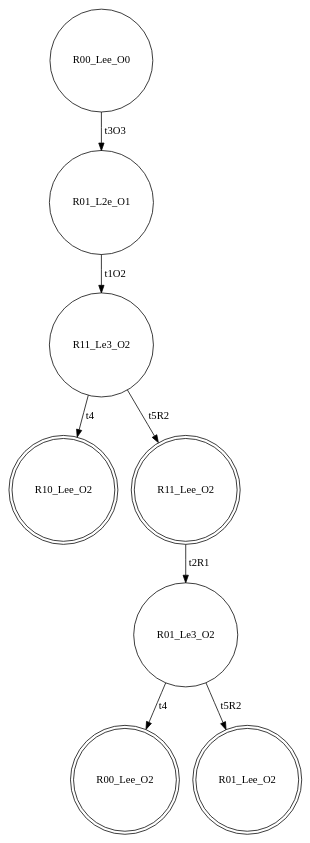
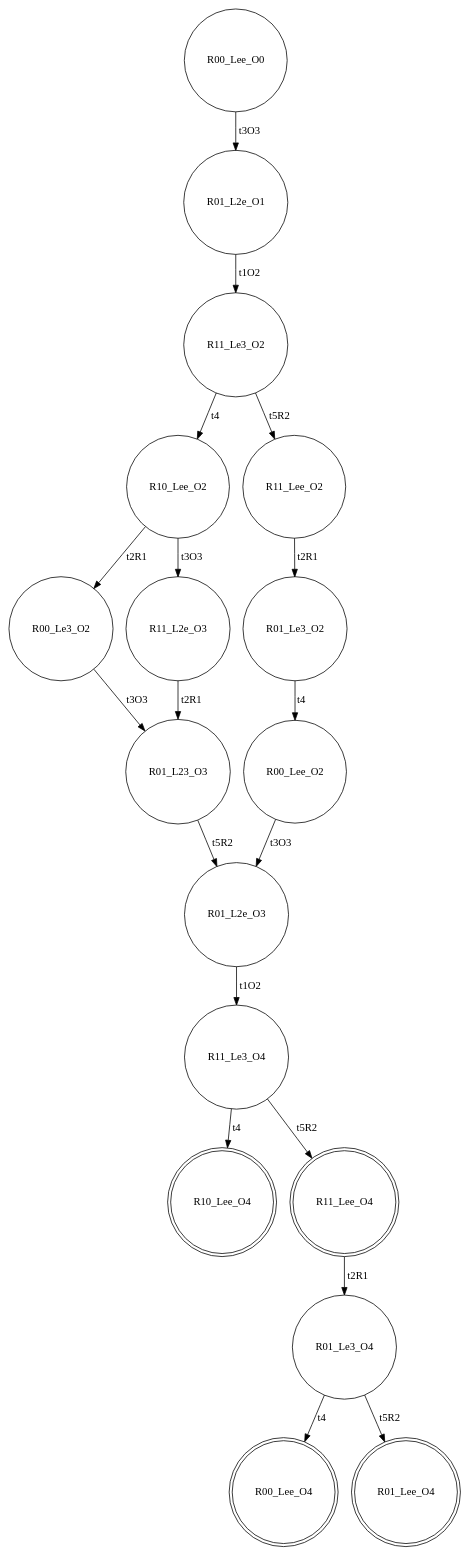
The diagram in SCe.dot (Stefano-BS/Explanatory-Diagnosis), drawn with Graphviz before and after one commit. The commit also changed 16 other files, not shown here.

```diff
--- a/SCe.dot
+++ b/SCe.dot
@@ -1,17 +1,37 @@
 digraph SCe {
 node [shape=circle]; R00_Lee_O0 ;
 node [shape=circle]; R01_L2e_O1 ;
 node [shape=circle]; R11_Le3_O2 ;
-node [shape=doublecircle]; R10_Lee_O2 ;
-node [shape=doublecircle]; R11_Lee_O2 ;
+node [shape=circle]; R10_Lee_O2 ;
+node [shape=circle]; R00_Le3_O2 ;
+node [shape=circle]; R01_L23_O3 ;
+node [shape=circle]; R01_L2e_O3 ;
+node [shape=circle]; R11_Le3_O4 ;
+node [shape=doublecircle]; R10_Lee_O4 ;
+node [shape=doublecircle]; R11_Lee_O4 ;
+node [shape=circle]; R01_Le3_O4 ;
+node [shape=doublecircle]; R00_Lee_O4 ;
+node [shape=doublecircle]; R01_Lee_O4 ;
+node [shape=circle]; R11_L2e_O3 ;
+node [shape=circle]; R11_Lee_O2 ;
 node [shape=circle]; R01_Le3_O2 ;
-node [shape=doublecircle]; R00_Lee_O2 ;
-node [shape=doublecircle]; R01_Lee_O2 ;
+node [shape=circle]; R00_Lee_O2 ;
 R00_Lee_O0 -> R01_L2e_O1 [label=t3O3]
 R01_L2e_O1 -> R11_Le3_O2 [label=t1O2]
+R11_Le3_O2 -> R11_Lee_O2 [label=t5R2]
 R11_Le3_O2 -> R10_Lee_O2 [label=t4]
-R11_Le3_O2 -> R11_Lee_O2 [label=t5R2]
+R10_Lee_O2 -> R11_L2e_O3 [label=t3O3]
+R10_Lee_O2 -> R00_Le3_O2 [label=t2R1]
+R00_Le3_O2 -> R01_L23_O3 [label=t3O3]
+R01_L23_O3 -> R01_L2e_O3 [label=t5R2]
+R01_L2e_O3 -> R11_Le3_O4 [label=t1O2]
+R11_Le3_O4 -> R11_Lee_O4 [label=t5R2]
+R11_Le3_O4 -> R10_Lee_O4 [label=t4]
+R11_Lee_O4 -> R01_Le3_O4 [label=t2R1]
+R01_Le3_O4 -> R01_Lee_O4 [label=t5R2]
+R01_Le3_O4 -> R00_Lee_O4 [label=t4]
+R11_L2e_O3 -> R01_L23_O3 [label=t2R1]
 R11_Lee_O2 -> R01_Le3_O2 [label=t2R1]
 R01_Le3_O2 -> R00_Lee_O2 [label=t4]
-R01_Le3_O2 -> R01_Lee_O2 [label=t5R2]
+R00_Lee_O2 -> R01_L2e_O3 [label=t3O3]
 }
```
